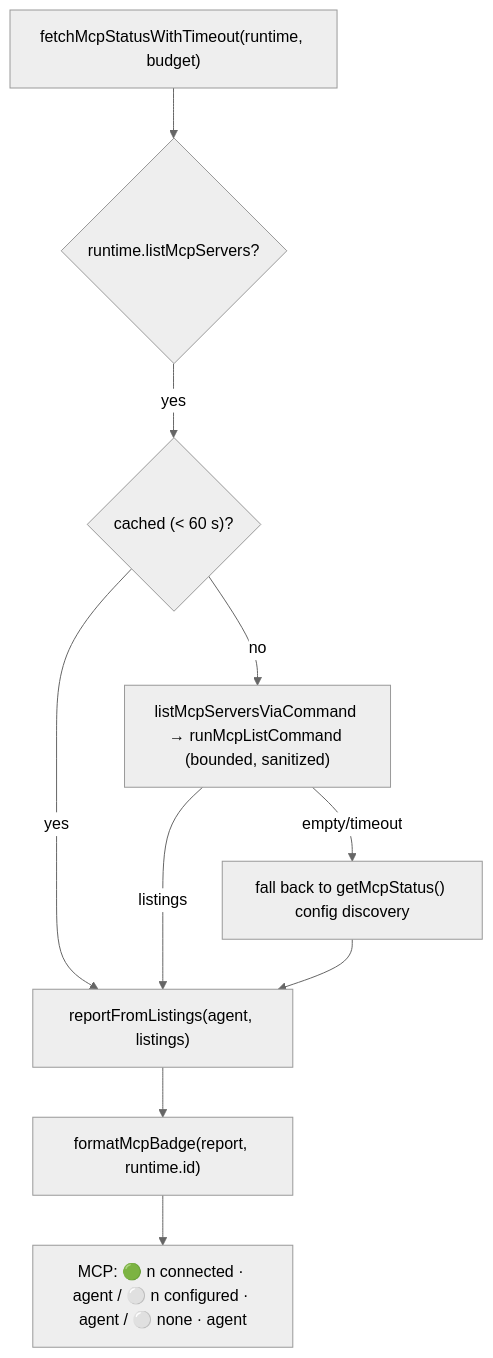
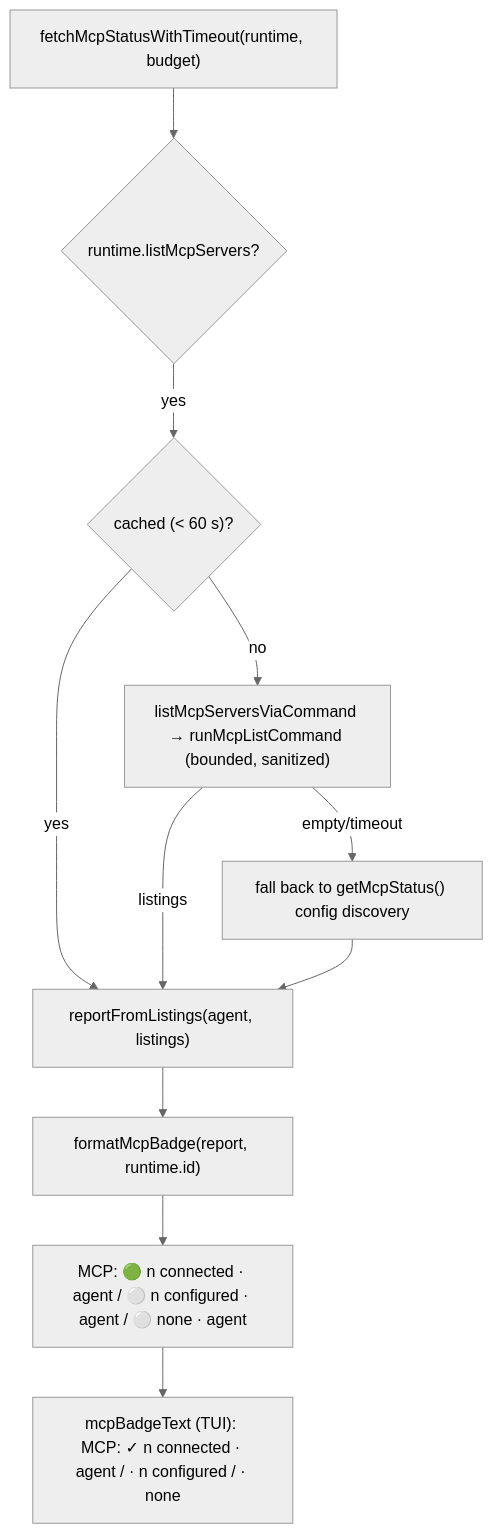
Diagram 20 of 26 in DESIGN.md (dahch/huginn), drawn with Mermaid (neutral theme) before and after one commit. The commit also changed other lines of this file and 20 other files, not shown here.

````diff
--- a/DESIGN.md
+++ b/DESIGN.md
@@ -2134,12 +2148,13 @@
 ```mermaid
 flowchart TD
     P["fetchMcpStatusWithTimeout(runtime, budget)"] --> L{"runtime.listMcpServers?"}
     L -- yes --> C{"cached (< 60 s)?"}
     C -- yes --> R["reportFromListings(agent, listings)"]
     C -- no --> RUN["listMcpServersViaCommand → runMcpListCommand (bounded, sanitized)"]
     RUN -- empty/timeout --> G["fall back to getMcpStatus() config discovery"]
     RUN -- listings --> R
     G --> R
     R --> B["formatMcpBadge(report, runtime.id)"]
     B --> H["MCP: 🟢 n connected · agent / ⚪ n configured · agent / ⚪ none · agent"]
+    H --> T["mcpBadgeText (TUI): MCP: ✓ n connected · agent / · n configured / · none"]
 ```
````
